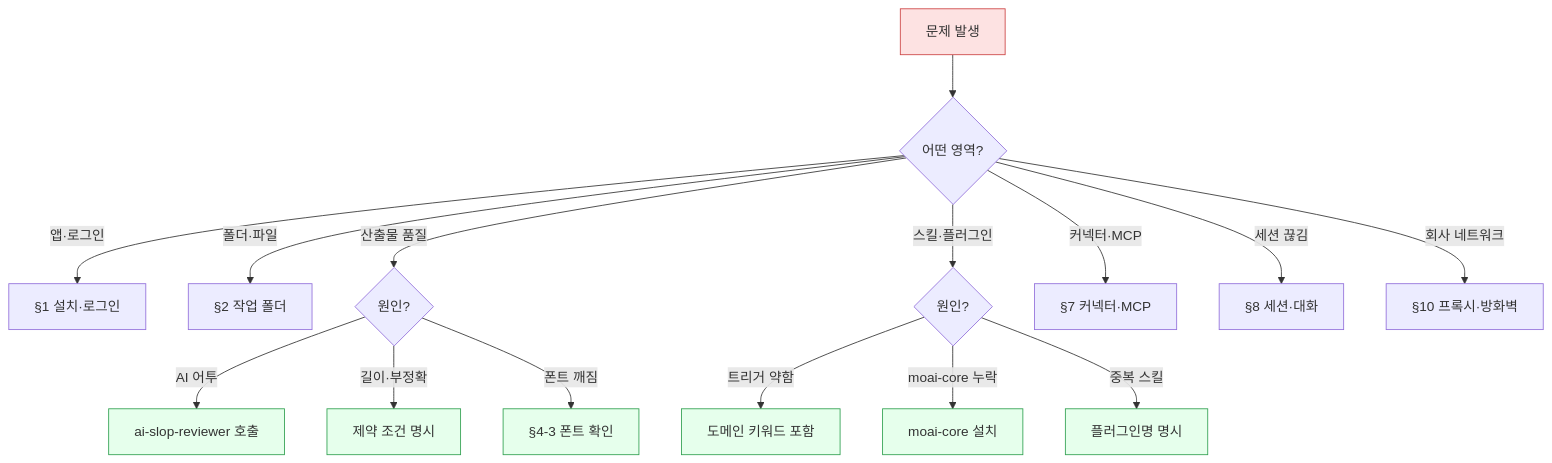
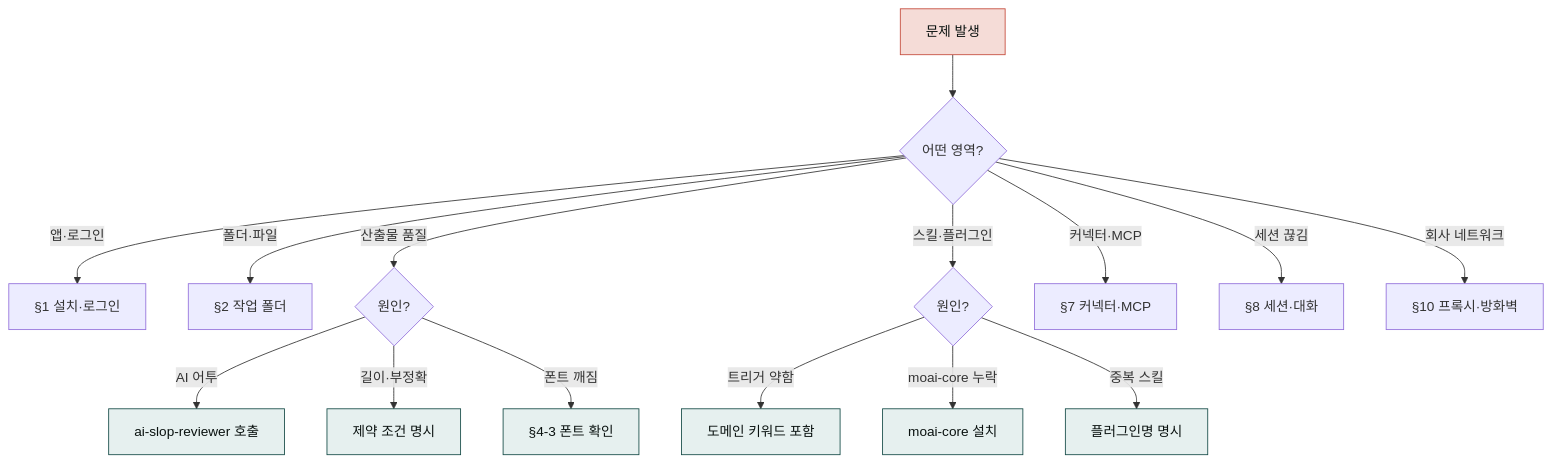
The diagram in content/cowork/troubleshooting.md (modu-ai/claude), drawn with Mermaid before and after one commit. The commit also changed 97 other files, not shown here.

First line of the commit message:
style(docs-site): mermaid 색상 브랜드 정합 + 라이트 테마 단일화

````diff
--- a/content/cowork/troubleshooting.md
+++ b/content/cowork/troubleshooting.md
@@ -11,28 +11,28 @@
 ```mermaid
 flowchart TB
     START["문제 발생"] --> Q1{"어떤 영역?"}
 
     Q1 -- 앱·로그인 --> S1["§1 설치·로그인"]
     Q1 -- 폴더·파일 --> S2["§2 작업 폴더"]
     Q1 -- 산출물 품질 --> Q2{"원인?"}
     Q1 -- 스킬·플러그인 --> Q3{"원인?"}
     Q1 -- 커넥터·MCP --> S7["§7 커넥터·MCP"]
     Q1 -- 세션 끊김 --> S8["§8 세션·대화"]
     Q1 -- 회사 네트워크 --> S10["§10 프록시·방화벽"]
 
     Q2 -- AI 어투 --> FIX1["ai-slop-reviewer 호출"]
     Q2 -- 길이·부정확 --> FIX2["제약 조건 명시"]
     Q2 -- 폰트 깨짐 --> FIX3["§4-3 폰트 확인"]
 
     Q3 -- 트리거 약함 --> FIX4["도메인 키워드 포함"]
     Q3 -- moai-core 누락 --> FIX5["moai-core 설치"]
     Q3 -- 중복 스킬 --> FIX6["플러그인명 명시"]
 
-    style START fill:#fde2e2,stroke:#c44
-    style FIX1 fill:#e6ffec,stroke:#30a050
-    style FIX2 fill:#e6ffec,stroke:#30a050
-    style FIX3 fill:#e6ffec,stroke:#30a050
-    style FIX4 fill:#e6ffec,stroke:#30a050
-    style FIX5 fill:#e6ffec,stroke:#30a050
-    style FIX6 fill:#e6ffec,stroke:#30a050
+    style START fill:#f5dcd7,stroke:#c44a3a,color:#09110f
+    style FIX1 fill:#e6f0ef,stroke:#144a46,color:#09110f
+    style FIX2 fill:#e6f0ef,stroke:#144a46,color:#09110f
+    style FIX3 fill:#e6f0ef,stroke:#144a46,color:#09110f
+    style FIX4 fill:#e6f0ef,stroke:#144a46,color:#09110f
+    style FIX5 fill:#e6f0ef,stroke:#144a46,color:#09110f
+    style FIX6 fill:#e6f0ef,stroke:#144a46,color:#09110f
 ```
````
